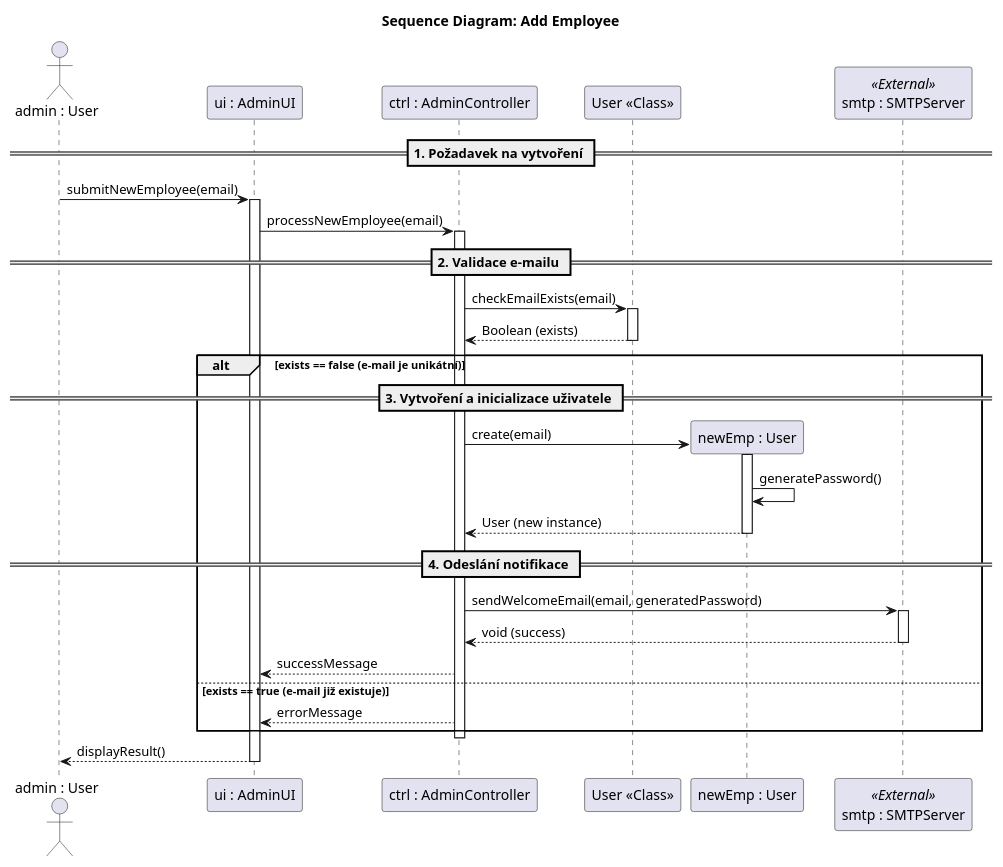
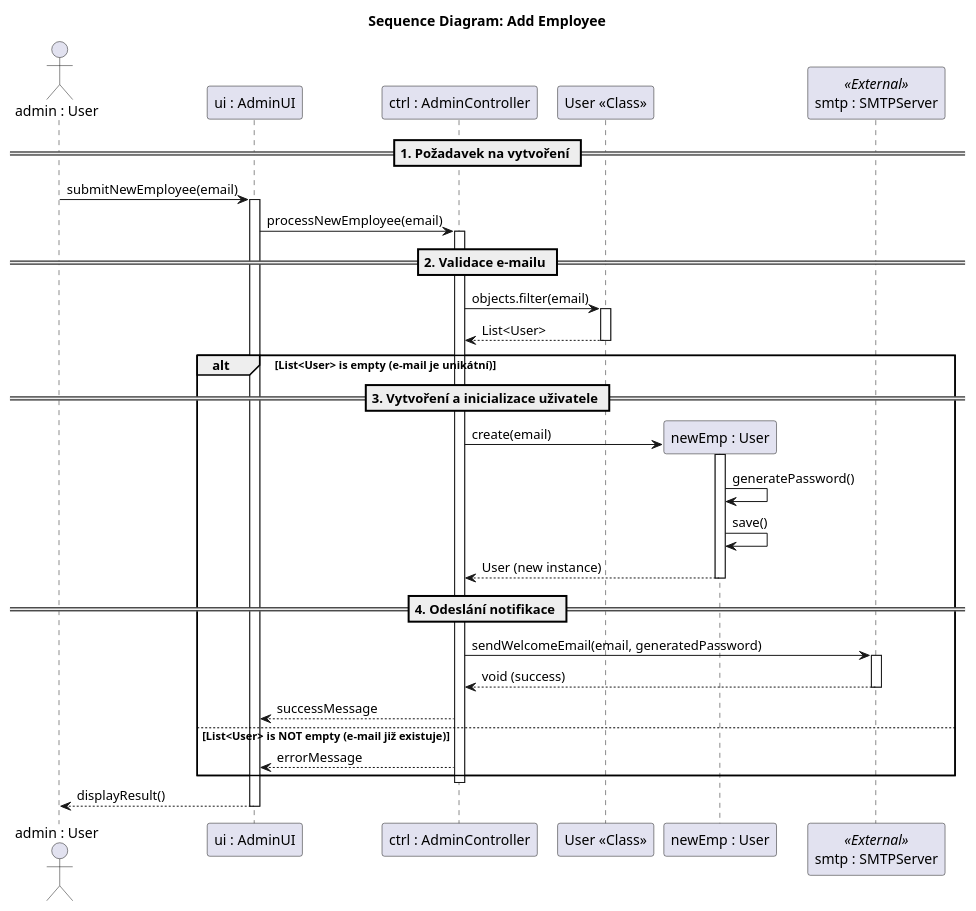
Before and after one commit to AidenCze/SWI-Project: the diagram in docs/diagramy/sequence-add-user.puml, drawn with PlantUML. The commit also changed 3 other files, not shown here.

Commit message:
Refactor sequence diagrams to incorporate Active Record pattern and enhance clarity

```diff
--- a/docs/diagramy/sequence-add-user.puml
+++ b/docs/diagramy/sequence-add-user.puml
@@ -1,51 +1,56 @@
 @startuml
 title Sequence Diagram: Add Employee
 
 actor "admin : User" as admin
 participant "ui : AdminUI" as ui
 participant "ctrl : AdminController" as ctrl
 participant "User <<Class>>" as userClass
 participant "newEmp : User" as newEmp
 participant "smtp : SMTPServer" as smtp <<External>>
 
 == 1. Požadavek na vytvoření ==
 admin -> ui : submitNewEmployee(email)
 activate ui
 
 ui -> ctrl : processNewEmployee(email)
 activate ctrl
 
 == 2. Validace e-mailu ==
-ctrl -> userClass : checkEmailExists(email)
+' Změněno na volání Active Record metody definované v Class diagramu
+ctrl -> userClass : objects.filter(email)
 activate userClass
 
-userClass --> ctrl : Boolean (exists)
+' Controller vyhodnotí, zda seznam obsahuje uživatele
+userClass --> ctrl : List<User>
 deactivate userClass
 
-alt exists == false (e-mail je unikátní)
+alt List<User> is empty (e-mail je unikátní)
     == 3. Vytvoření a inicializace uživatele ==
     ctrl -> newEmp ** : create(email)
     activate newEmp
     
     newEmp -> newEmp : generatePassword()
-
+    
+    ' PŘIDÁNO: Volání metody save() pro Active Record
+    newEmp -> newEmp : save()
     
     newEmp --> ctrl : User (new instance)
     deactivate newEmp
     
     == 4. Odeslání notifikace ==
+    ' Controller má přístup k vygenerovanému heslu např. přes get vlastnost nebo před uložením hashe
     ctrl -> smtp : sendWelcomeEmail(email, generatedPassword)
     activate smtp
 
     smtp --> ctrl : void (success)
     deactivate smtp
     
     ctrl --> ui : successMessage
-else exists == true (e-mail již existuje)
+else List<User> is NOT empty (e-mail již existuje)
     ctrl --> ui : errorMessage
 end
 deactivate ctrl
 
 ui --> admin : displayResult()
 deactivate ui
 @enduml
```
